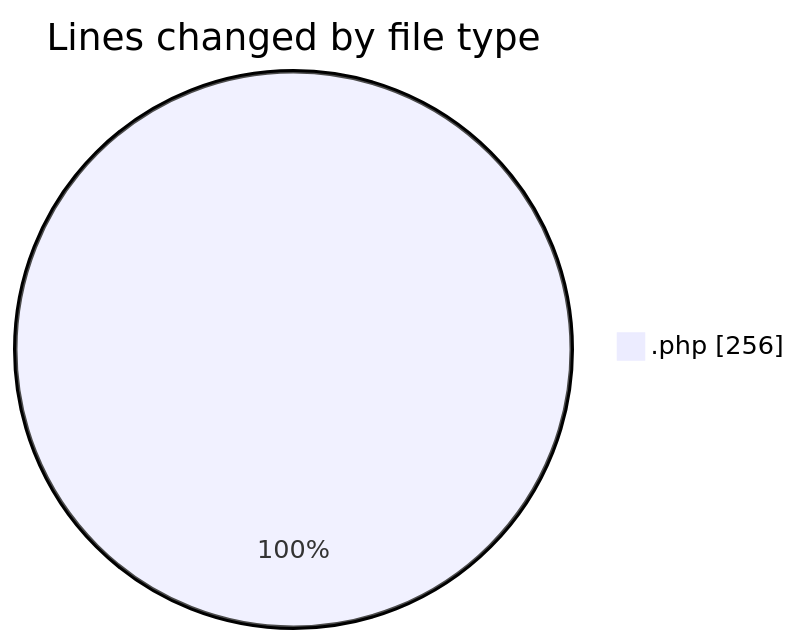
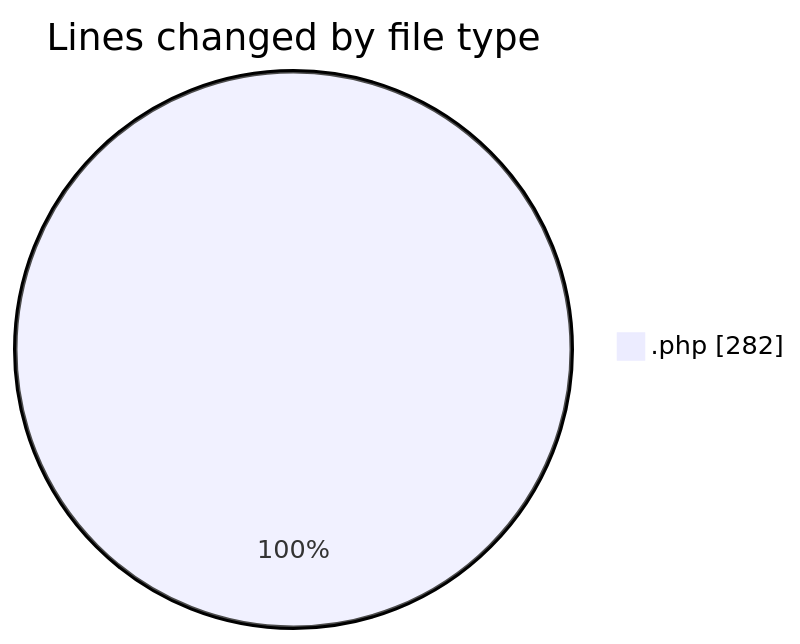
Before and after one commit to LanceThiago/code-tracking: the first of 2 diagrams in 2026-08-25/jogo/README.md, drawn with Mermaid. The commit also changed other lines of this file and 1 other file, not shown here.

````diff
--- a/2026-08-25/jogo/README.md
+++ b/2026-08-25/jogo/README.md
@@ -21,5 +21,5 @@
 ```mermaid
 pie showData
 title Lines changed by file type
-".php" : 256
+".php" : 282
 ```
````
